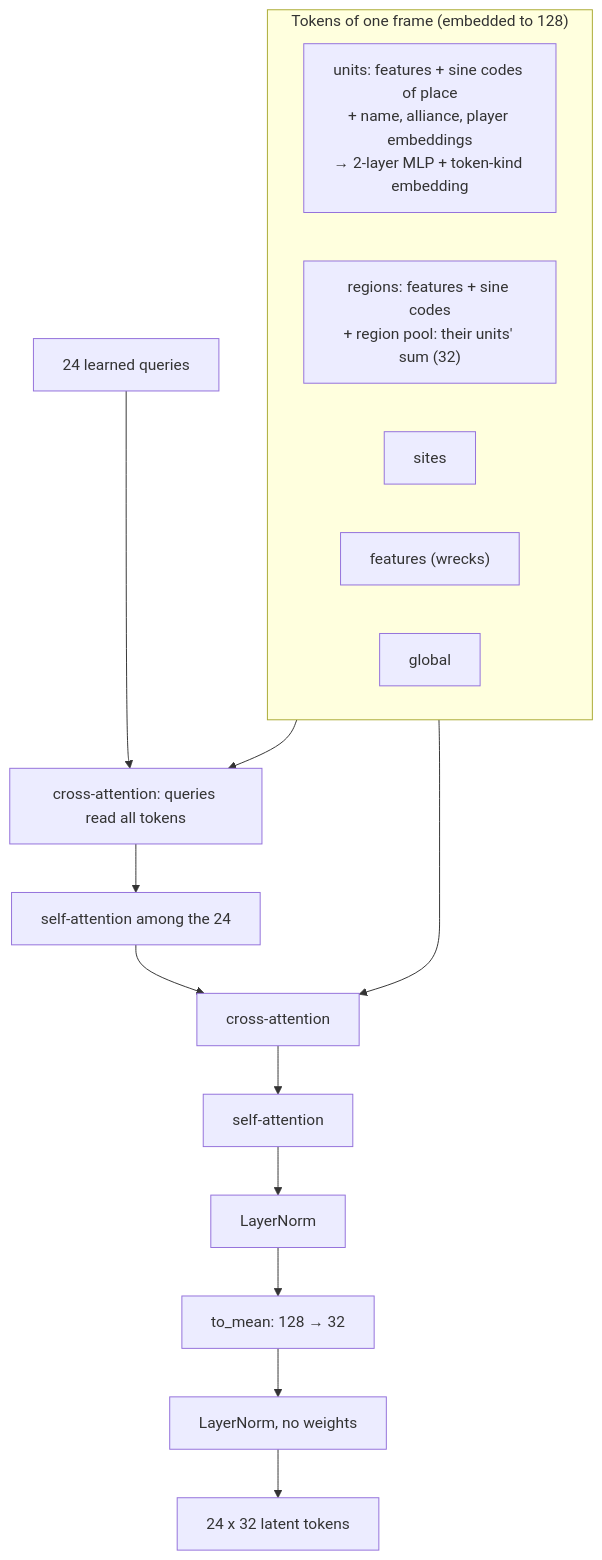
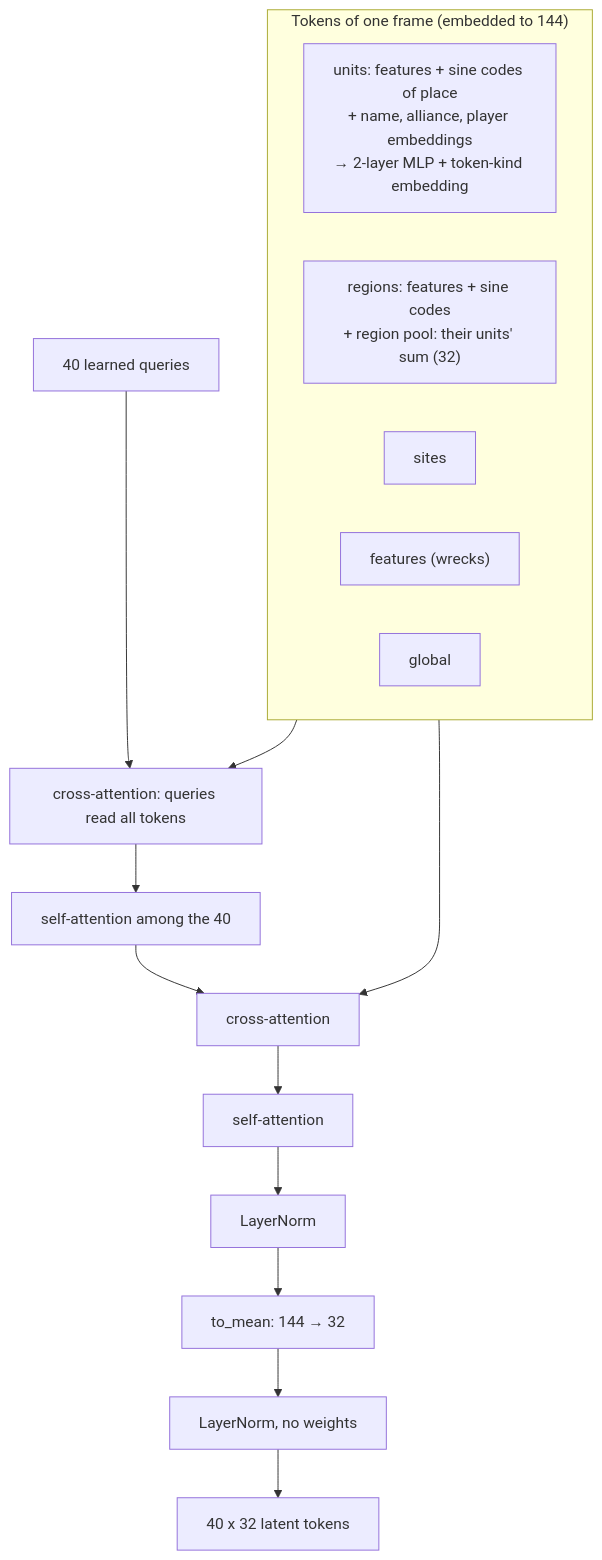
The second of 11 diagrams in docs/model.md (pts1667/zk-ArenaAI), drawn with Mermaid before and after one commit. The commit also changed other lines of this file and 47 other files, not shown here.

````diff
--- a/docs/model.md
+++ b/docs/model.md
@@ -74,23 +79,23 @@
 ```mermaid
 flowchart TB
-    subgraph tokens ["Tokens of one frame (embedded to 128)"]
+    subgraph tokens ["Tokens of one frame (embedded to 144)"]
         U["units: features + sine codes of place<br/>+ name, alliance, player embeddings<br/>→ 2-layer MLP + token-kind embedding"]
         R["regions: features + sine codes<br/>+ region pool: their units' sum (32)"]
         S["sites"]
         F["features (wrecks)"]
         G["global"]
     end
-    Q["24 learned queries"]
+    Q["40 learned queries"]
     C1["cross-attention: queries read all tokens"]
-    S1["self-attention among the 24"]
+    S1["self-attention among the 40"]
     C2["cross-attention"]
     S2["self-attention"]
     LN["LayerNorm"]
-    M["to_mean: 128 → 32"]
+    M["to_mean: 144 → 32"]
     N["LayerNorm, no weights"]
-    OUT["24 x 32 latent tokens"]
+    OUT["40 x 32 latent tokens"]
 
     Q --> C1
     tokens --> C1 --> S1 --> C2 --> S2 --> LN --> M --> N --> OUT
     tokens --> C2
 ```
````
